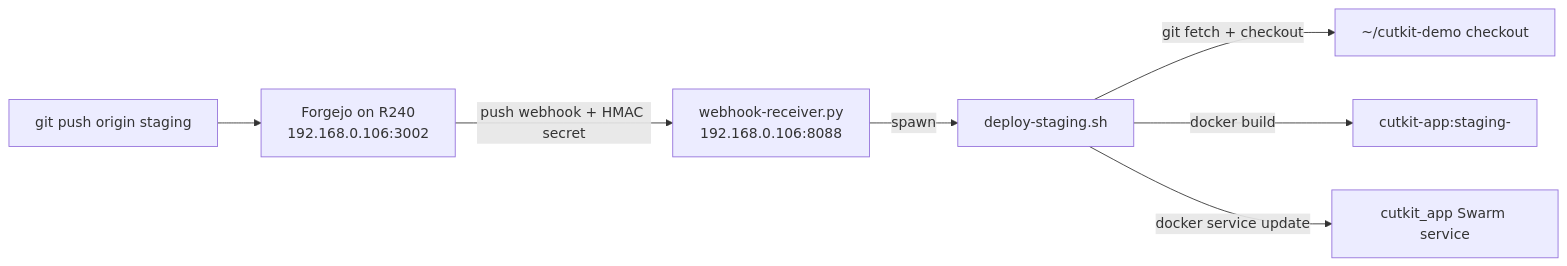
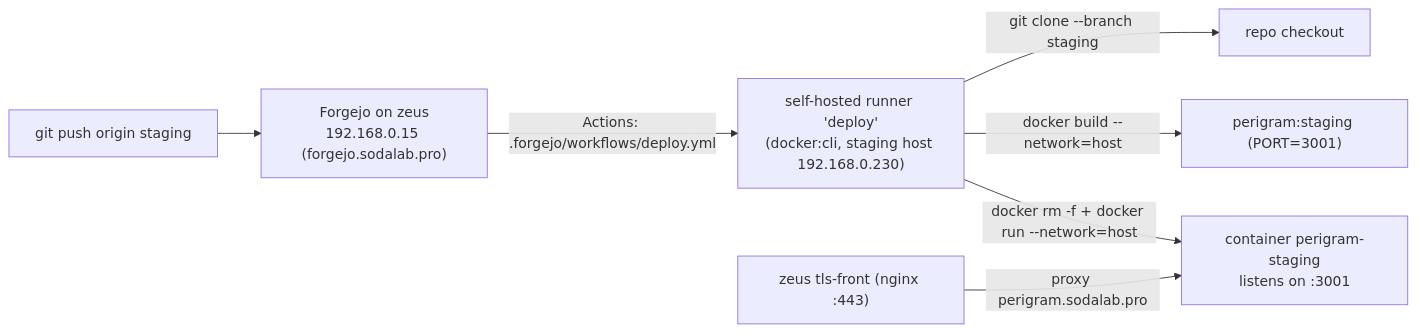
The diagram in deploy/README.md (Perigram/perigram), drawn with Mermaid before and after one commit. The commit also changed other lines of this file and 1 other file, not shown here.

Commit message:
neo: rewrite deploy and remote-access docs for the Forgejo Actions pipeline

````diff
--- a/deploy/README.md
+++ b/deploy/README.md
@@ -10,9 +9,9 @@
 ```mermaid
 flowchart LR
-  Dev["git push origin staging"] --> F["Forgejo on R240<br/>192.168.0.106:3002"]
-  F -->|push webhook + HMAC secret| R["webhook-receiver.py<br/>192.168.0.106:8088"]
-  R -->|spawn| D["deploy-staging.sh"]
-  D -->|git fetch + checkout| C["~/cutkit-demo checkout"]
-  D -->|docker build| I["cutkit-app:staging-<sha>"]
-  D -->|docker service update| S["cutkit_app Swarm service"]
+  Dev["git push origin staging"] --> F["Forgejo on zeus<br/>192.168.0.15 (forgejo.sodalab.pro)"]
+  F -->|Actions: .forgejo/workflows/deploy.yml| R["self-hosted runner 'deploy'<br/>(docker:cli, staging host 192.168.0.230)"]
+  R -->|git clone --branch staging| SRC["repo checkout"]
+  R -->|docker build --network=host| IMG["perigram:staging (PORT=3001)"]
+  R -->|docker rm -f + docker run --network=host| C["container perigram-staging<br/>listens on :3001"]
+  Z["zeus tls-front (nginx :443)"] -->|proxy perigram.sodalab.pro| C
 ```
````
